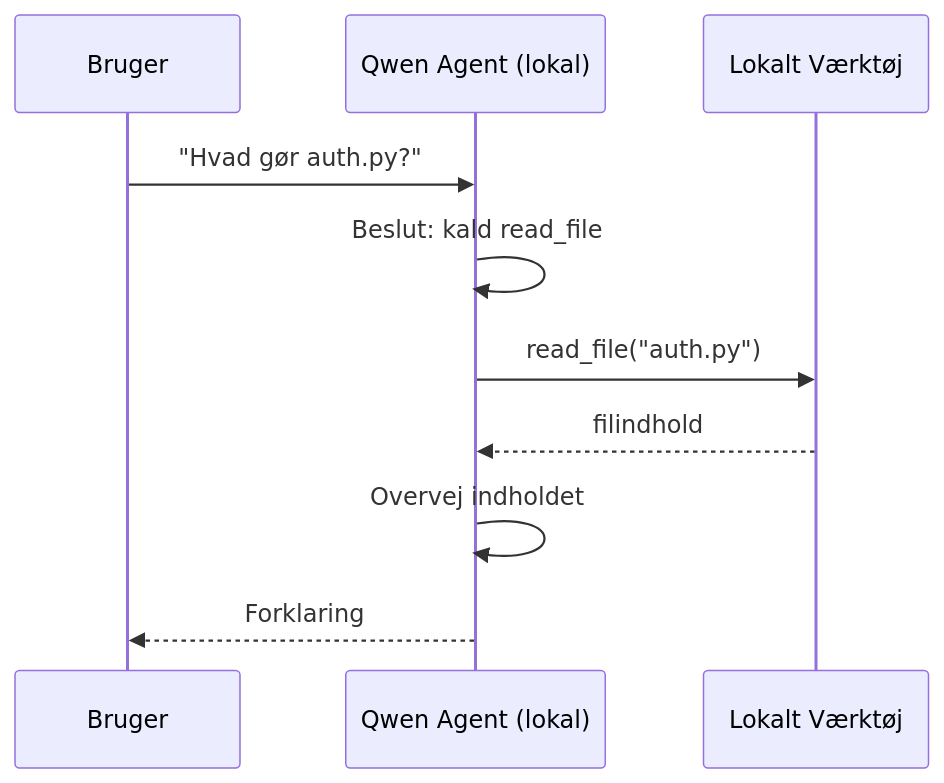
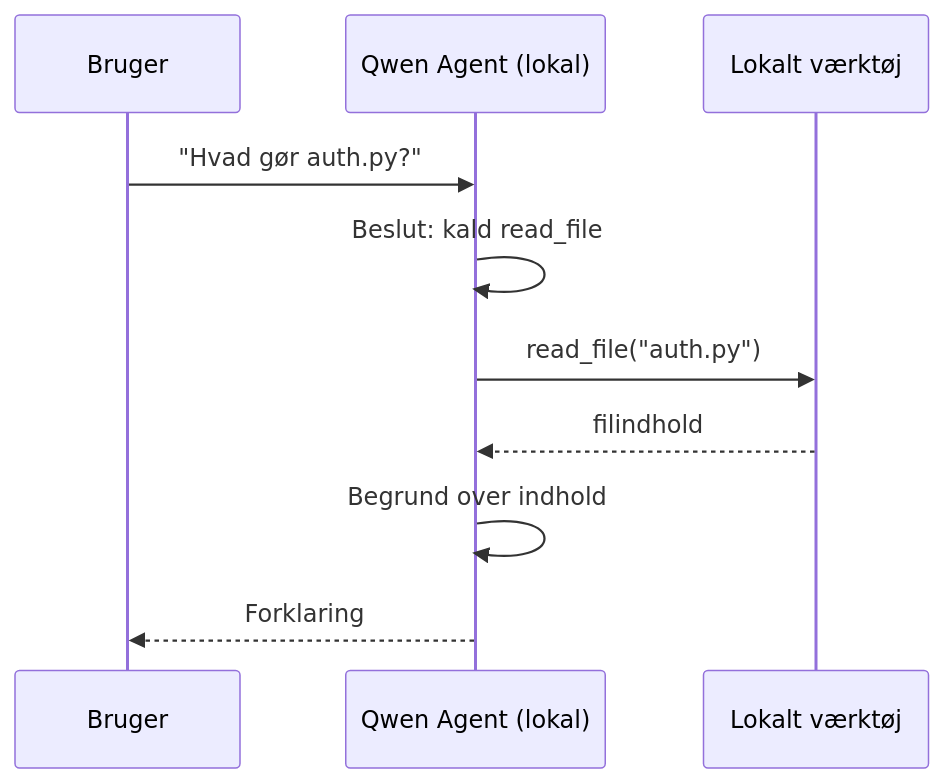
The second of 4 diagrams in translations/da/17-creating-local-ai-agents/README.md (microsoft/ai-agents-for-beginners), drawn with Mermaid before and after one commit. The commit also changed other lines of this file and 47 other files, not shown here.

````diff
--- a/translations/da/17-creating-local-ai-agents/README.md
+++ b/translations/da/17-creating-local-ai-agents/README.md
@@ -106,12 +106,12 @@
 ```mermaid
 sequenceDiagram
     participant U as Bruger
     participant A as Qwen Agent (lokal)
-    participant T as Lokalt Værktøj
+    participant T as Lokalt værktøj
     U->>A: "Hvad gør auth.py?"
     A->>A: Beslut: kald read_file
     A->>T: read_file("auth.py")
     T-->>A: filindhold
-    A->>A: Overvej indholdet
+    A->>A: Begrund over indhold
     A-->>U: Forklaring
 ```
````
